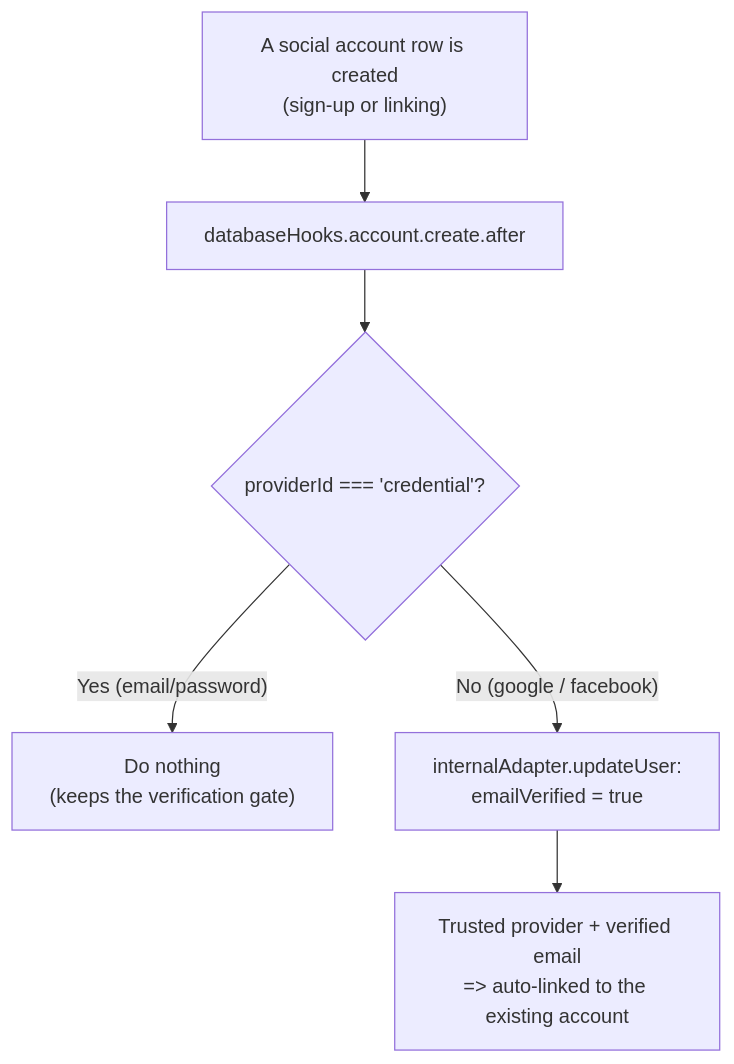
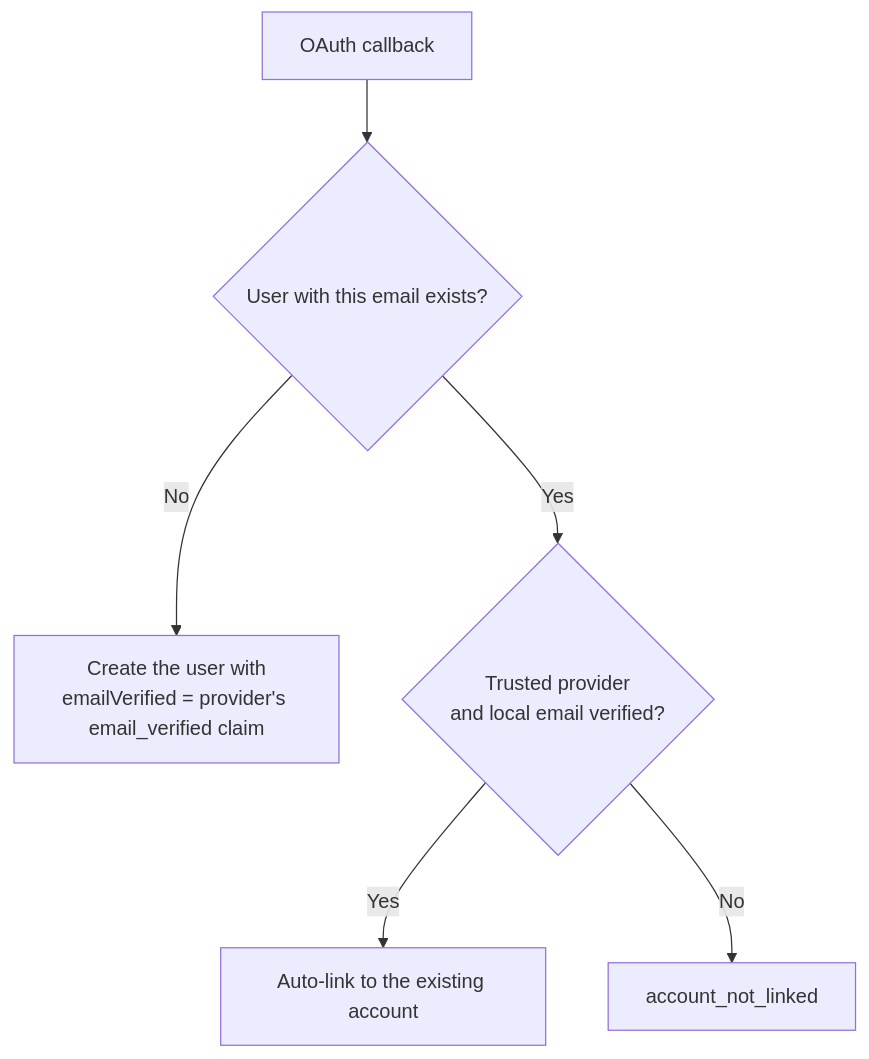
The fourth of 4 diagrams in docs/AUTH.md (OffCrazyFreak/Disscount), drawn with Mermaid before and after one commit. The commit also changed other lines of this file, not shown here.

First line of the commit message:
docs(auth): Describe OAuth email verification without the removed hook

````diff
--- a/docs/AUTH.md
+++ b/docs/AUTH.md
@@ -104,8 +104,8 @@
 ```mermaid
 flowchart TD
-    Create["A social account row is created<br/>(sign-up or linking)"] --> Hook["databaseHooks.account.create.after"]
-    Hook --> IsCred{"providerId === 'credential'?"}
-    IsCred -->|"Yes (email/password)"| Skip["Do nothing<br/>(keeps the verification gate)"]
-    IsCred -->|"No (google / facebook)"| Verify["internalAdapter.updateUser:<br/>emailVerified = true"]
-    Verify --> Link["Trusted provider + verified email<br/>=> auto-linked to the existing account"]
+    Callback["OAuth callback"] --> Exists{"User with this email exists?"}
+    Exists -->|"No"| Create["Create the user with<br/>emailVerified = provider's email_verified claim"]
+    Exists -->|"Yes"| Gate{"Trusted provider<br/>and local email verified?"}
+    Gate -->|"Yes"| Link["Auto-link to the existing account"]
+    Gate -->|"No"| Refuse["account_not_linked"]
 ```
````
